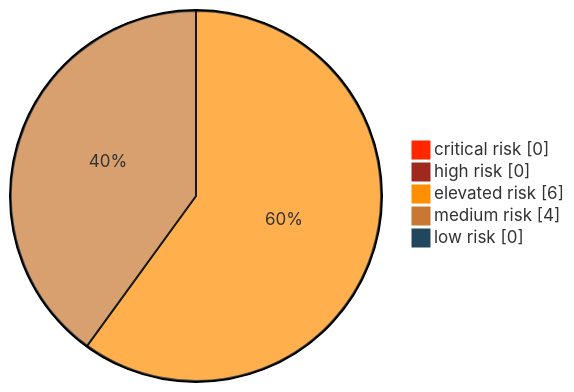
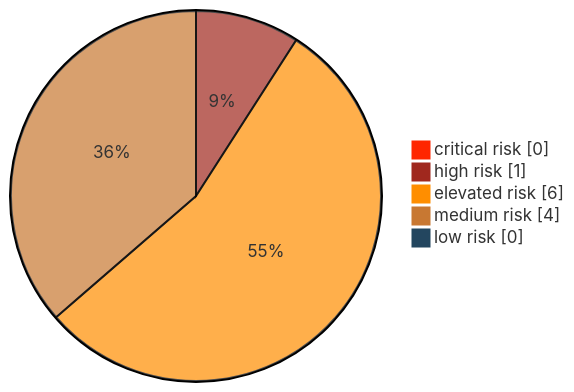
The first of 2 diagrams in report/adocReport/010_ManagementSummary.adoc (0x3f8/threat-model-demo), drawn with Mermaid before and after one commit. The commit also changed other lines of this file and 21 other files, not shown here.

```diff
--- a/report/adocReport/010_ManagementSummary.adoc
+++ b/report/adocReport/010_ManagementSummary.adoc
@@ -23,10 +23,10 @@
 [mermaid]
 ....
 %%{init: {'pie' : {'textPosition' : 0.5}, 'theme': 'base', 'themeVariables': { 'pie1': '#FF2600', 'pie2': '#A0281E', 'pie3': '#FF8E00', 'pie4': '#C87832', 'pie5': '#23465F'}}}%%
 pie showData
   "critical risk" : 0
-  "high risk" : 0
+  "high risk" : 1
   "elevated risk" : 6
   "medium risk" : 4
   "low risk" : 0
 ....
```
